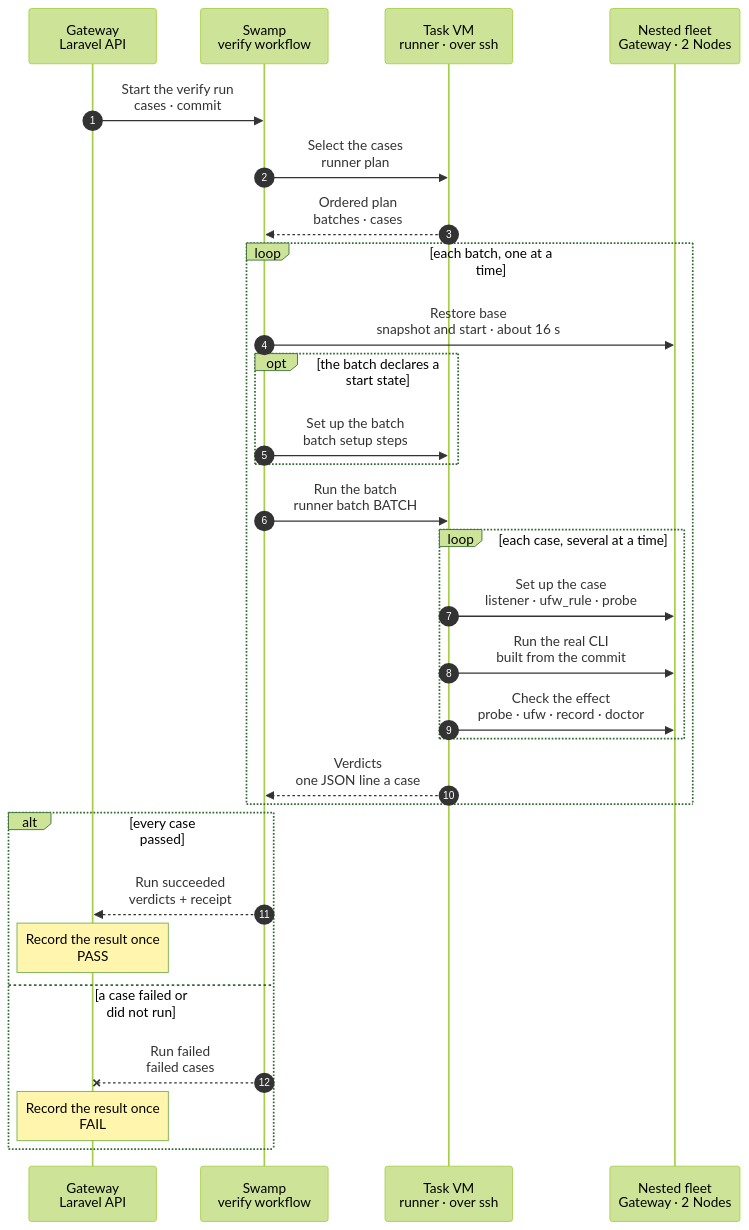
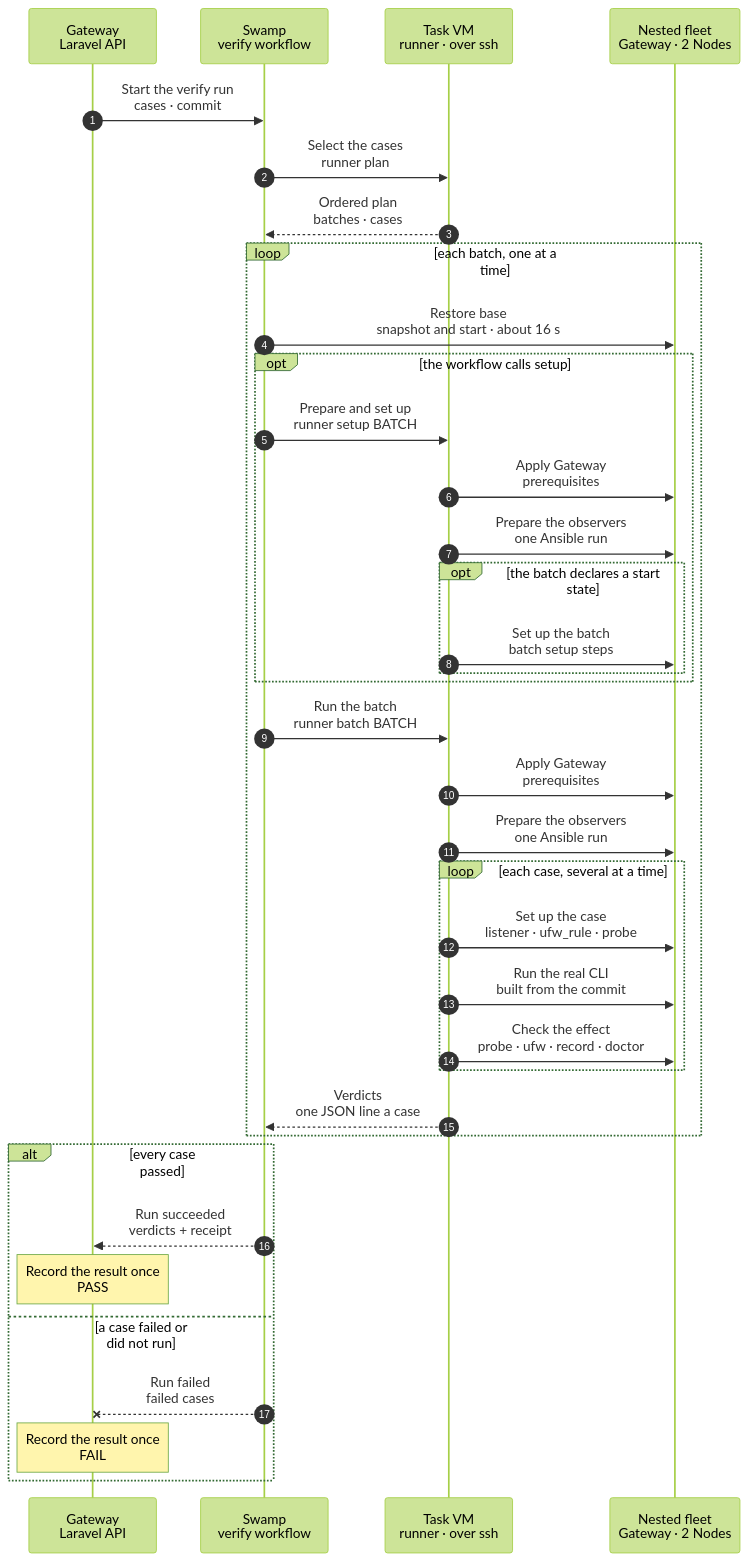
One commit to hardimpactdev/orbit changed the diagram in docs/reference/pipeline/3-proof-runner.mmd. Above: the diagram before and after it, drawn with Mermaid (forest theme). The commit also changed 18 other files, not shown here.

First line of the commit message:
fix(proof): install candidate pinned observers before cases (#3264)

```diff
--- a/docs/reference/pipeline/3-proof-runner.mmd
+++ b/docs/reference/pipeline/3-proof-runner.mmd
@@ -1,73 +1,82 @@
 sequenceDiagram
   %% Target design: the proof runner inside stage 3 of the command development pipeline (design: reference/verification-cases). One shared runner executes the cases of one command; each batch restores the task's base snapshot once, cases use their own resources and undo nothing, the cases of a batch run in one step, several at a time on different Nodes; a case is a specification built from a fixed set of steps. Orbit's own Swamp runs the runner over SSH in the task VM, as part of the "Run the proof" child of proof:run. The Gateway only admits the request and records the verdicts.
   %% status: draft
   %% command: development pipeline stage 3 · proof runner
   %% kind: pipeline.3-proof-runner
   autonumber
   %% lane GW icon=gateway pill=intent tone=blue
   %% lane SW icon=workflow pill=executes tone=green
   %% lane VM icon=server pill=target tone=purple
   %% lane NT icon=server pill=fleet tone=amber
   participant GW as Gateway<br/>Laravel API
   participant SW as Swamp<br/>verify workflow
   participant VM as Task VM<br/>runner · over ssh
   participant NT as Nested fleet<br/>Gateway · 2 Nodes
   GW->>SW: Start the verify run<br/>cases · commit
   %%> Inputs:
   %%> - the commit and the one command whose cases run; in CI, `proof:run` proves each affected command separately
   %%> Why:
   %%> - the Gateway only authorizes; Swamp owns the run and its state
   SW->>VM: Select the cases<br/>runner plan
   %%> What it does:
   %%> - reads the command's cases file at the tested commit
   %%> - refuses a case with an unknown step, an unknown chart path or no batch
   %%> - lists the chart paths, options and codes that no case covers
   %%> - groups the cases by batch, in the order of `swamp/proof/batches.yaml`; inside a batch, in file order
   %%> - `runner plan --lines` prints one line a batch, `BATCH SETUP CASE...`, which the workflow reads; the workflow `proof-fleet-verify` is built
   VM-->>SW: Ordered plan<br/>batches · cases
   loop each batch, one at a time
     SW->>NT: Restore base<br/>snapshot and start · about 16 s
     %%> What it does:
     %%> - restores the task's plain snapshot `base` of the three nested containers (a reboot); skipped when the fleet is still at `base`, as for the first batch
     %%> - a restore that fails or is not healthy within 45 s stops the run; the cases that did not run become `unrun` with cause `infrastructure`
     %%> - built, not yet passed live: the step is the workflow `proof-fleet-restore` (restore, start, boot wait, readiness, apply the checkout), which `proof-fleet-verify-batch` calls; 0 of 2 runs succeeded by 2026-11-06; the old `runner restore` was removed
-    opt the batch declares a start state
-      SW->>VM: Set up the batch<br/>batch setup steps
-      %%> What it does:
-      %%> - runs the setup steps of the batch, such as extra addresses on the Nodes
+    opt the workflow calls setup
+      SW->>VM: Prepare and set up<br/>runner setup BATCH
+      %%> New workflows always call setup. Older released workflows may skip it for a batch without setup steps.
+      VM->>NT: Apply Gateway<br/>prerequisites
+      VM->>NT: Prepare the observers<br/>one Ansible run
+      %%> Installs the candidate pin using Node convergence's checksum-verified atomic replacement task. Stops all observers, discards old host receipts, starts the observers and waits for the Gateway to record each expected version plus a new host fact. No new base snapshot.
+      %%> Preparation has its own 330-second bound. Setup gets a separate 120 seconds within the 480-second transport limit.
+      opt the batch declares a start state
+        VM->>NT: Set up the batch<br/>batch setup steps
+      end
     end
     SW->>VM: Run the batch<br/>runner batch BATCH
     %%> What it does:
     %%> - one Swamp step runs every case of the batch; the runner reads the fleet once
     %%> - the cases that share the fleet run several at a time (the `parallel` key of the cases file, 4 by default), never two on one Node: each case acts on one Node of the cases file's `spread`, and the Gateway lets one firewall write run on a Node at a time
     %%> - the cases that change or compare what every case shares (the Operation list, a fault, a held lock) run alone, after the others
     %%> - no restore after a failed case: cases use their own resources, undo nothing, and the next batch restores anyway
     %%> Result:
     %%> - one verdict line a case, those that did not pass first; the full receipt of each stays in the evidence directory
+    VM->>NT: Apply Gateway<br/>prerequisites
+    VM->>NT: Prepare the observers<br/>one Ansible run
+    %%> The batch always prepares independently, even if setup succeeded or an older workflow skipped setup. A preparation failure prints infrastructure failures and starts no case. Direct runner case calls require the same preparation.
     loop each case, several at a time
       VM->>NT: Set up the case<br/>listener · ufw_rule · probe
       %%> What it does:
       %%> - builds the starting state, then probes it, for example a blocked port and a working control port
       %%> - a bound firewall anchor matches the current case's tuple and comment for the same protocol, so a repeated comment from an earlier case or another protocol cannot select its rule
       %%> When:
       %%> - a failed setup step ends the case as `unrun`; it is not a pass
       VM->>NT: Run the real CLI<br/>built from the commit
       %%> What it does:
       %%> - the `act` steps call the command through its real interface and check exit status, result code and skip reason
       VM->>NT: Check the effect<br/>probe · ufw · record · doctor
       %%> What it does:
       %%> - the `expect` steps check traffic, rule order, the Gateway record and Doctor
       %%> - every step runs, so one verdict lists all failures
     end
     VM-->>SW: Verdicts<br/>one JSON line a case
     %%> Returns:
     %%> - the case id, `passed`, `failed` (cause `assertion` or `infrastructure`) or `unrun` (cause `precondition`), the failed checks and the seconds
     %%> - Swamp cuts a step's output at 4096 bytes: the runner prints the lines that did not pass first, and counts the lines it had to leave out; a case without a line is reported as having printed no verdict
   end
   alt every case passed
     SW-->>GW: Run succeeded<br/>verdicts + receipt
     Note over GW: Record the result once<br/>PASS
   else a case failed or did not run
     SW--xGW: Run failed<br/>failed cases
     Note over GW: Record the result once<br/>FAIL
   end
```
